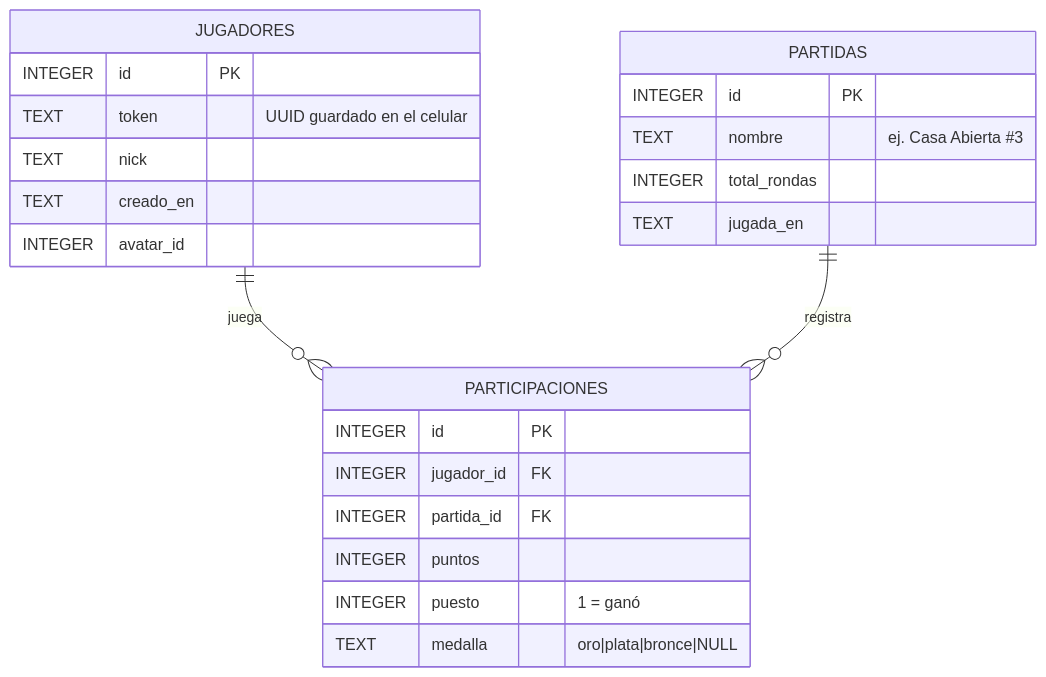
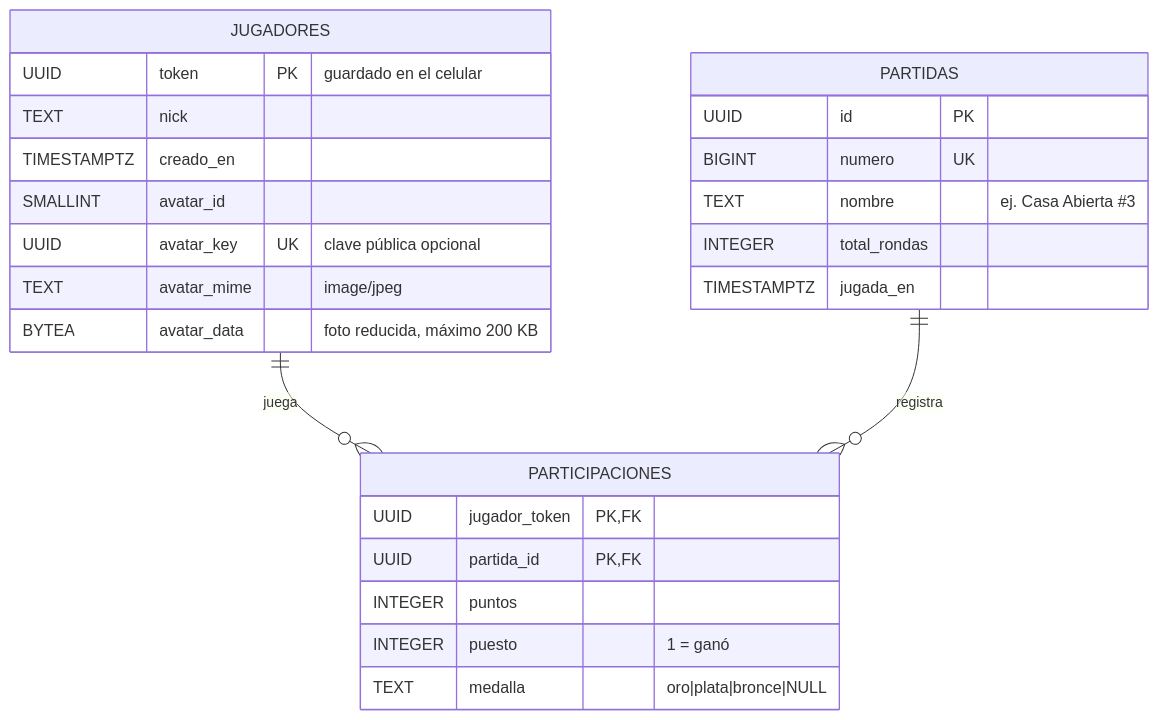
The fourth of 4 diagrams in README.md (acampanaa/silunet), drawn with Mermaid before and after one commit. The commit also changed other lines of this file and 7 other files, not shown here.

First line of the commit message:
README completo con arquitectura, diagramas y guia de despliegue

````diff
--- a/README.md
+++ b/README.md
@@ -243,27 +249,29 @@
 ```mermaid
 erDiagram
     JUGADORES ||--o{ PARTICIPACIONES : "juega"
     PARTIDAS  ||--o{ PARTICIPACIONES : "registra"
 
     JUGADORES {
-        INTEGER id PK
-        TEXT    token "UUID guardado en el celular"
+        UUID    token PK "guardado en el celular"
         TEXT    nick
-        TEXT    creado_en
-        INTEGER avatar_id
+        TIMESTAMPTZ creado_en
+        SMALLINT avatar_id
+        UUID avatar_key UK "clave pública opcional"
+        TEXT avatar_mime "image/jpeg"
+        BYTEA avatar_data "foto reducida, máximo 200 KB"
     }
     PARTIDAS {
-        INTEGER id PK
+        UUID    id PK
+        BIGINT  numero UK
         TEXT    nombre "ej. Casa Abierta #3"
         INTEGER total_rondas
-        TEXT    jugada_en
+        TIMESTAMPTZ jugada_en
     }
     PARTICIPACIONES {
-        INTEGER id PK
-        INTEGER jugador_id FK
-        INTEGER partida_id FK
+        UUID jugador_token PK,FK
+        UUID partida_id PK,FK
         INTEGER puntos
         INTEGER puesto "1 = ganó"
         TEXT    medalla "oro|plata|bronce|NULL"
     }
 ```
````
